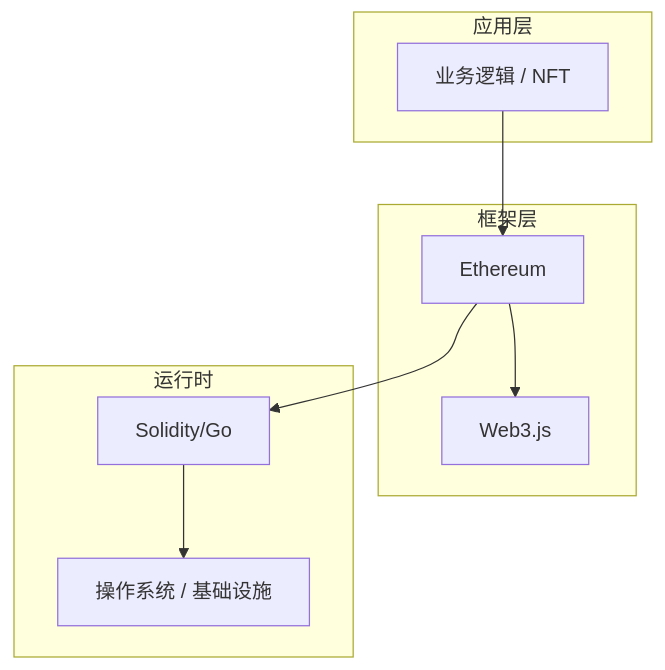
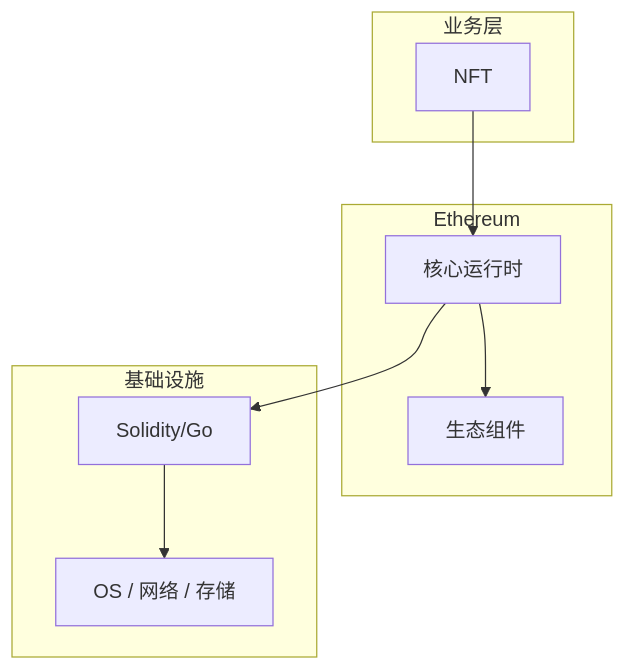
One commit to yanggan2015/knowledge-json-v2 changed the diagram in articles/区块链/chapters/056-NFT核心概念与原理.md. Above: the diagram before and after it, drawn with Mermaid. The commit also changed other lines of this file and 10127 other files, not shown here.

````diff
--- a/articles/区块链/chapters/056-NFT核心概念与原理.md
+++ b/articles/区块链/chapters/056-NFT核心概念与原理.md
@@ -45,18 +30,18 @@
 ```mermaid
 graph TB
-    subgraph 应用层
-        A[业务逻辑 / NFT]
+    subgraph 业务层
+        A[NFT]
     end
-    subgraph 框架层
-        B[Ethereum]
-        C[Web3.js]
+    subgraph Ethereum
+        B[核心运行时]
+        C[生态组件]
     end
-    subgraph 运行时
+    subgraph 基础设施
         D[Solidity/Go]
-        E[操作系统 / 基础设施]
+        E[OS / 网络 / 存储]
     end
     A --> B
     B --> C
     B --> D
     D --> E
 ```
````
